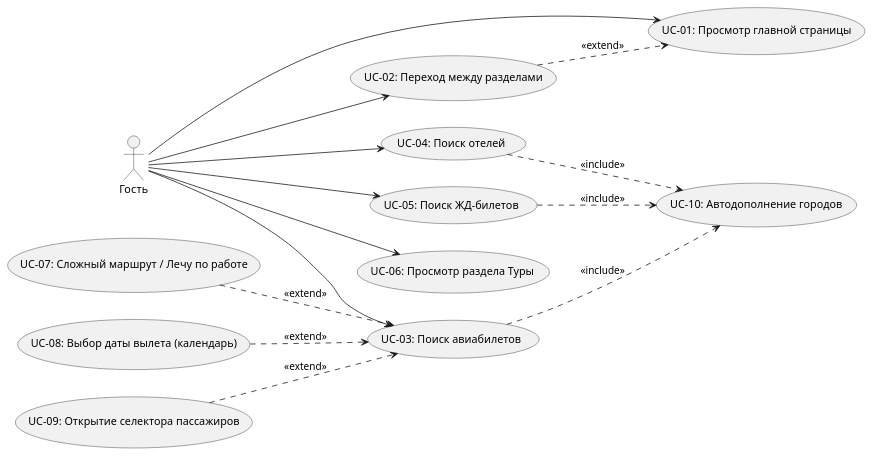
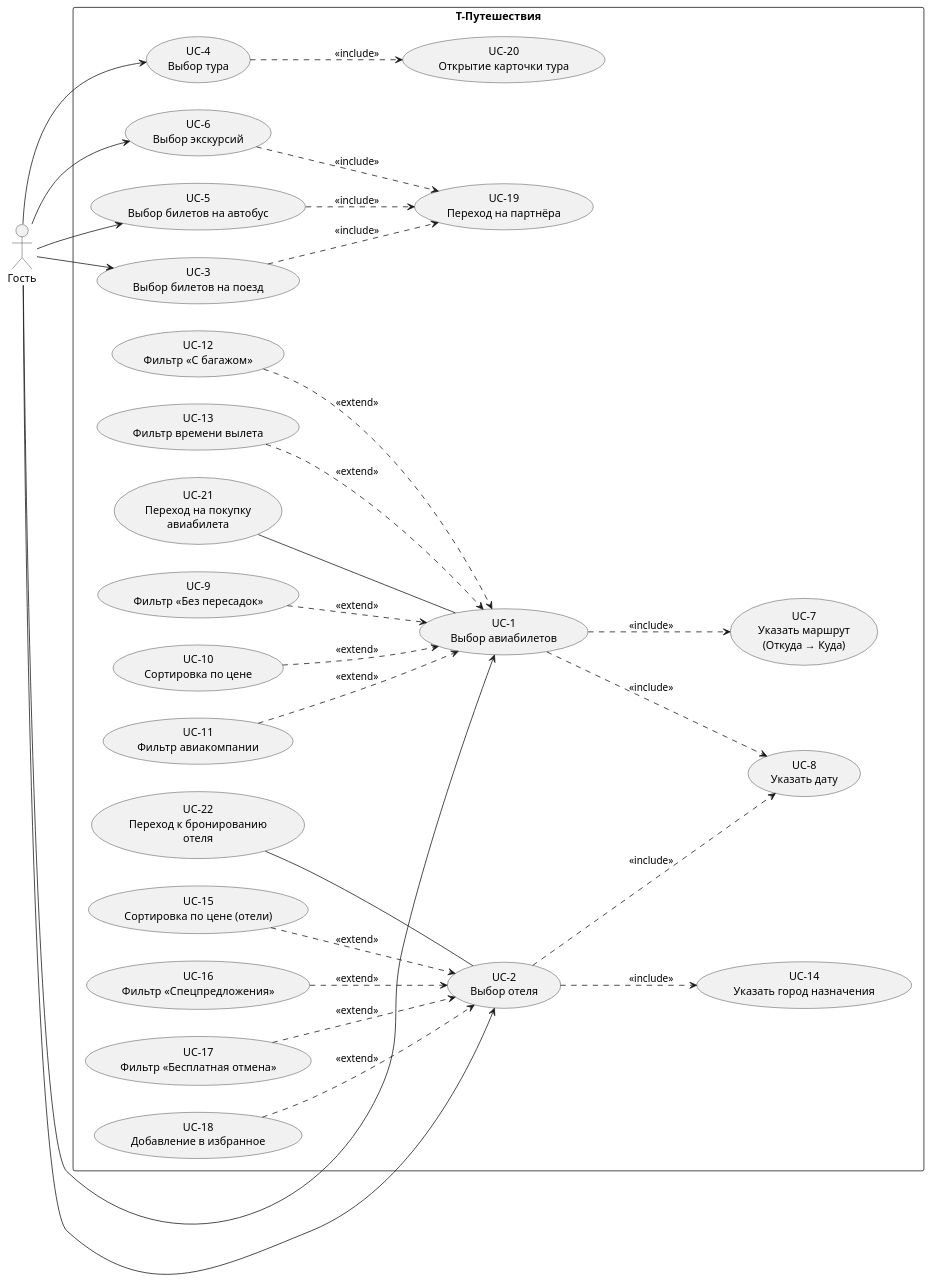
Before and after one commit to PaulLocust/tpo-lab3: the first of 2 diagrams in docs/use-case-diagram.md, drawn with PlantUML. The commit also changed other lines of this file and 34 other files, not shown here.

````diff
--- a/docs/use-case-diagram.md
+++ b/docs/use-case-diagram.md
@@ -3,44 +42,72 @@
 ```plantuml
 @startuml
 left to right direction
 skinparam packageStyle rectangle
 skinparam shadowing false
 
 actor "Гость" as Guest
 
+rectangle "T-Путешествия" {
 
-  usecase "UC-01: Просмотр главной страницы" as UC01
-  usecase "UC-02: Переход между разделами" as UC02
+  usecase "UC-1\nВыбор авиабилетов" as UC1
+  usecase "UC-2\nВыбор отеля" as UC2
+  usecase "UC-3\nВыбор билетов на поезд" as UC3
+  usecase "UC-4\nВыбор тура" as UC4
+  usecase "UC-5\nВыбор билетов на автобус" as UC5
+  usecase "UC-6\nВыбор экскурсий" as UC6
 
-  usecase "UC-03: Поиск авиабилетов" as UC03
-  usecase "UC-04: Поиск отелей" as UC04
-  usecase "UC-05: Поиск ЖД-билетов" as UC05
-  usecase "UC-06: Просмотр раздела Туры" as UC06
+  ' include — обязательные
+  usecase "UC-7\nУказать маршрут\n(Откуда → Куда)" as UC7
+  usecase "UC-8\nУказать дату" as UC8
+  usecase "UC-14\nУказать город назначения" as UC14
+  usecase "UC-19\nПереход на партнёра" as UC19
+  usecase "UC-20\nОткрытие карточки тура" as UC20
 
-  usecase "UC-07: Сложный маршрут / Лечу по работе" as UC07
-  usecase "UC-08: Выбор даты вылета (календарь)" as UC08
-  usecase "UC-09: Открытие селектора пассажиров" as UC09
-  usecase "UC-10: Автодополнение городов" as UC10
+  ' extend — фильтры авиа
+  usecase "UC-9\nФильтр «Без пересадок»" as UC9
+  usecase "UC-10\nСортировка по цене" as UC10
+  usecase "UC-11\nФильтр авиакомпании" as UC11
+  usecase "UC-12\nФильтр «С багажом»" as UC12
+  usecase "UC-13\nФильтр времени вылета" as UC13
+  usecase "UC-21\nПереход на покупку\nавиабилета" as UC21
 
+  ' extend — фильтры отелей
+  usecase "UC-15\nСортировка по цене (отели)" as UC15
+  usecase "UC-16\nФильтр «Спецпредложения»" as UC16
+  usecase "UC-17\nФильтр «Бесплатная отмена»" as UC17
+  usecase "UC-18\nДобавление в избранное" as UC18
+  usecase "UC-22\nПереход к бронированию\nотеля" as UC22
+}
 
-Guest --> UC01
-Guest --> UC02
-Guest --> UC03
-Guest --> UC04
-Guest --> UC05
-Guest --> UC06
+Guest --> UC1
+Guest --> UC2
+Guest --> UC3
+Guest --> UC4
+Guest --> UC5
+Guest --> UC6
 
-' <<extend>>: расширяют сценарий поиска авиабилетов
-UC07 ..> UC03 : <<extend>>
-UC08 ..> UC03 : <<extend>>
-UC09 ..> UC03 : <<extend>>
+' include: обязательные шаги внутри базовых сценариев
+UC1 ..> UC7  : <<include>>
+UC1 ..> UC8  : <<include>>
+UC2 ..> UC14 : <<include>>
+UC2 ..> UC8  : <<include>>
+UC3 ..> UC19 : <<include>>
+UC5 ..> UC19 : <<include>>
+UC6 ..> UC19 : <<include>>
+UC4 ..> UC20 : <<include>>
 
-' <<include>>: автодополнение городов входит в каждый поиск
-UC03 ..> UC10 : <<include>>
-UC04 ..> UC10 : <<include>>
-UC05 ..> UC10 : <<include>>
+' extend: опциональные фильтры и переходы
+UC9  ..> UC1 : <<extend>>
+UC10 ..> UC1 : <<extend>>
+UC11 ..> UC1 : <<extend>>
+UC12 ..> UC1 : <<extend>>
+UC13 ..> UC1 : <<extend>>
+UC21 -- UC1
 
-' <<extend>>: переход между разделами расширяет просмотр главной
-UC02 ..> UC01 : <<extend>>
+UC15 ..> UC2 : <<extend>>
+UC16 ..> UC2 : <<extend>>
+UC17 ..> UC2 : <<extend>>
+UC18 ..> UC2 : <<extend>>
+UC22 -- UC2
 @enduml
 ```
````
